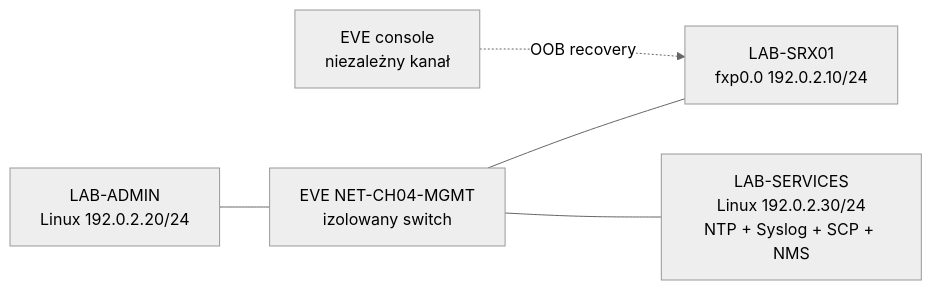
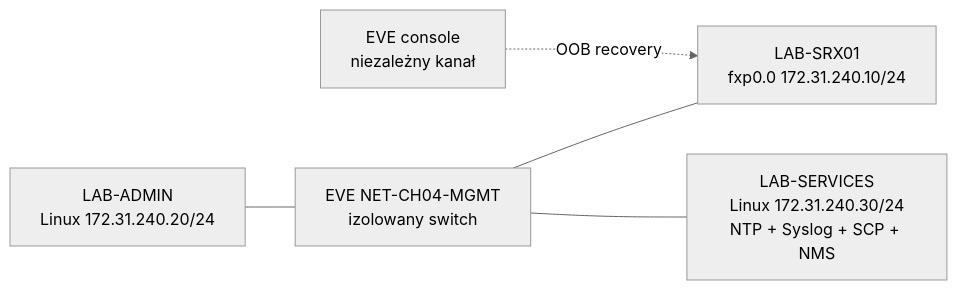
One commit to nelto79/jncip changed diagram 11 of 11 in docs/chapters/JUNOS_Rozdzial_04_Initial_Configuration_and_System_Services.md. Above: the diagram before and after it, drawn with Mermaid (neutral theme). The commit also changed other lines of this file, not shown here.

Commit message:
docs(ch04): align teaching diagrams, interfaces and examples with canonical 4-vSRX DIAMOND

```diff
--- a/docs/chapters/JUNOS_Rozdzial_04_Initial_Configuration_and_System_Services.md
+++ b/docs/chapters/JUNOS_Rozdzial_04_Initial_Configuration_and_System_Services.md
@@ -1290,7 +1320,7 @@
 ~~~mermaid
 flowchart LR
-  ADMIN["LAB-ADMIN\nLinux 192.0.2.20/24"] --- OOB["EVE NET-CH04-MGMT\nizolowany switch"]
-  OOB --- SRX["LAB-SRX01\nfxp0.0 192.0.2.10/24"]
-  OOB --- SERVICES["LAB-SERVICES\nLinux 192.0.2.30/24\nNTP + Syslog + SCP + NMS"]
+  ADMIN["LAB-ADMIN\nLinux 172.31.240.20/24"] --- OOB["EVE NET-CH04-MGMT\nizolowany switch"]
+  OOB --- SRX["LAB-SRX01\nfxp0.0 172.31.240.10/24"]
+  OOB --- SERVICES["LAB-SERVICES\nLinux 172.31.240.30/24\nNTP + Syslog + SCP + NMS"]
   CON["EVE console\nniezależny kanał"] -. "OOB recovery" .-> SRX
 ~~~
```
